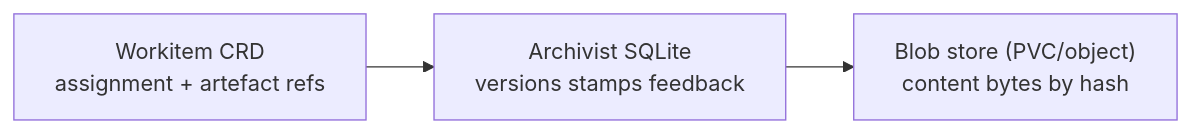
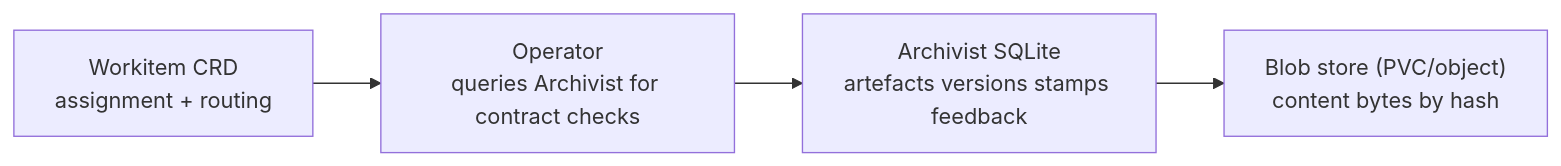
Before and after one commit to really-knows-ai/gideas: the second of 3 diagrams in 02-flow/02-workitem.md, drawn with Mermaid. The commit also changed other lines of this file and 12 other files, not shown here.

First line of the commit message:
Refactor Workitem and Archivist interactions for improved artefact management

````diff
--- a/02-flow/02-workitem.md
+++ b/02-flow/02-workitem.md
@@ -115,5 +107,6 @@
 ```mermaid
 flowchart LR
-    WI["Workitem CRD<br/>assignment + artefact refs"] --> ARDB["Archivist SQLite<br/>versions stamps feedback"]
+    WI["Workitem CRD<br/>assignment + routing"] --> OP["Operator<br/>queries Archivist for contract checks"]
+    OP --> ARDB["Archivist SQLite<br/>artefacts versions stamps feedback"]
     ARDB --> BL["Blob store (PVC/object)<br/>content bytes by hash"]
 ```
````
